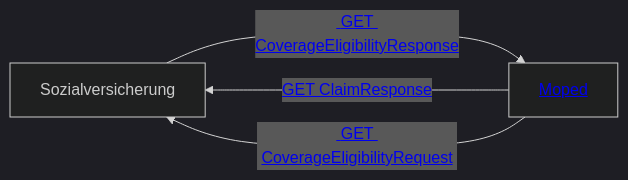
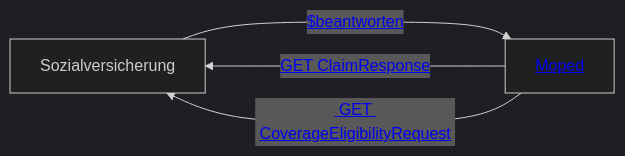
One commit to HL7Austria/ELGA-MOPED-R5 changed the third of 5 diagrams in input/pagecontent/actors.md. Above: the diagram before and after it, drawn with Mermaid (dark theme). The commit also changed other lines of this file and 1 other file, not shown here.

Commit message:
#187 add beantworten

```diff
--- a/input/pagecontent/actors.md
+++ b/input/pagecontent/actors.md
@@ -55,8 +55,8 @@
-<div class="mermaid">
+<pre class="mermaid">
     graph LR
     SV[Sozialversicherung]
     Moped[<a href="#top">Moped</a>] 
     Moped --->|<a href="StructureDefinition-MOPEDClaimResponse.html"> GET ClaimResponse</a>| SV
     Moped --->|<a href="StructureDefinition-MOPEDCoverageEligibilityRequest.html"> GET CoverageEligibilityRequest</a>| SV
-    SV --->|<a href="StructureDefinition-MOPEDCoverageEligibilityResponse.html"> GET CoverageEligibilityResponse</a>| Moped
-</div>   
+    SV --->|<a href="OperationDefinition-MOPED.CoverageEligibilityResponse.Beantworten.html"> $beantworten</a>| Moped
+</pre>   
```
